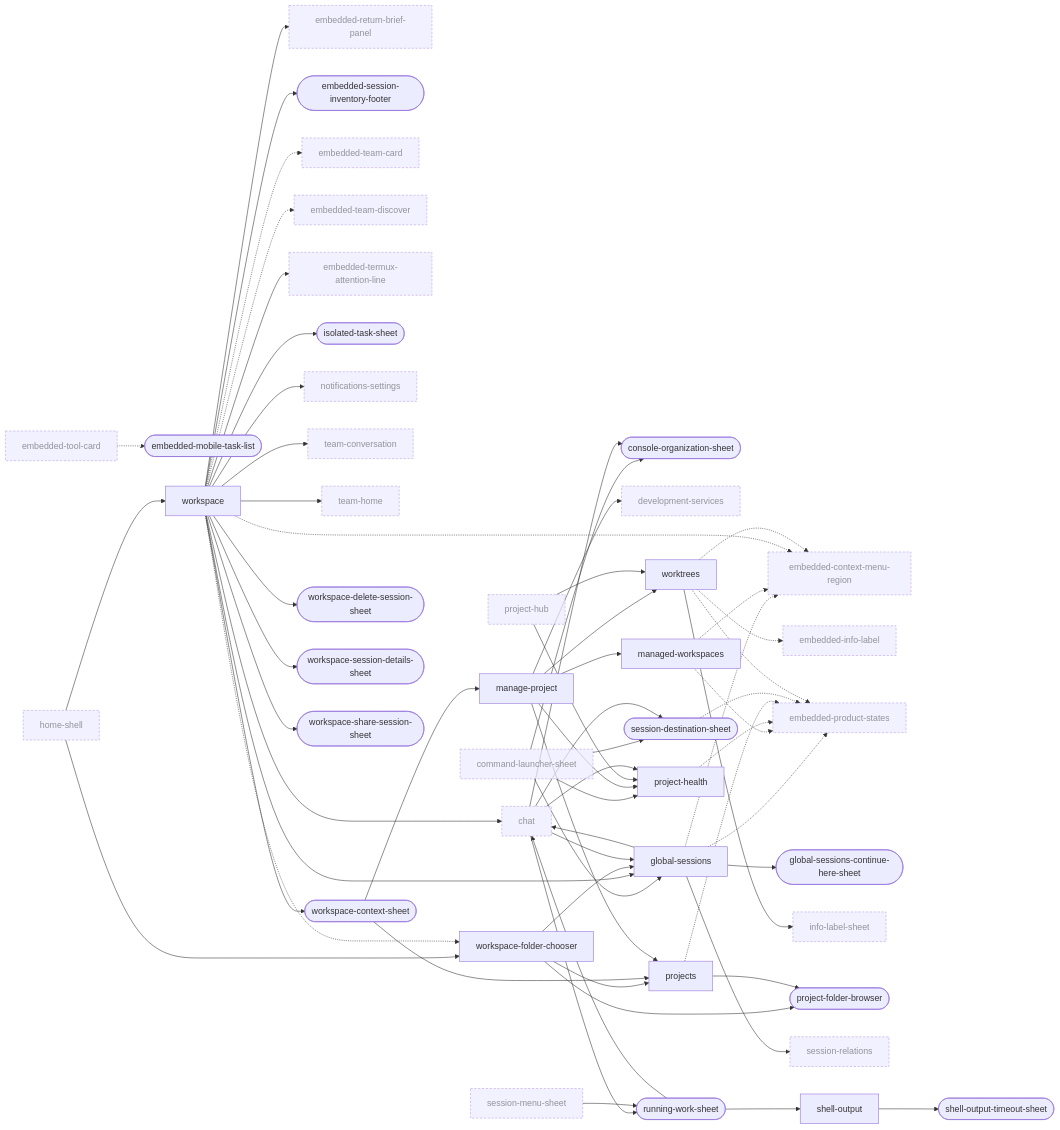
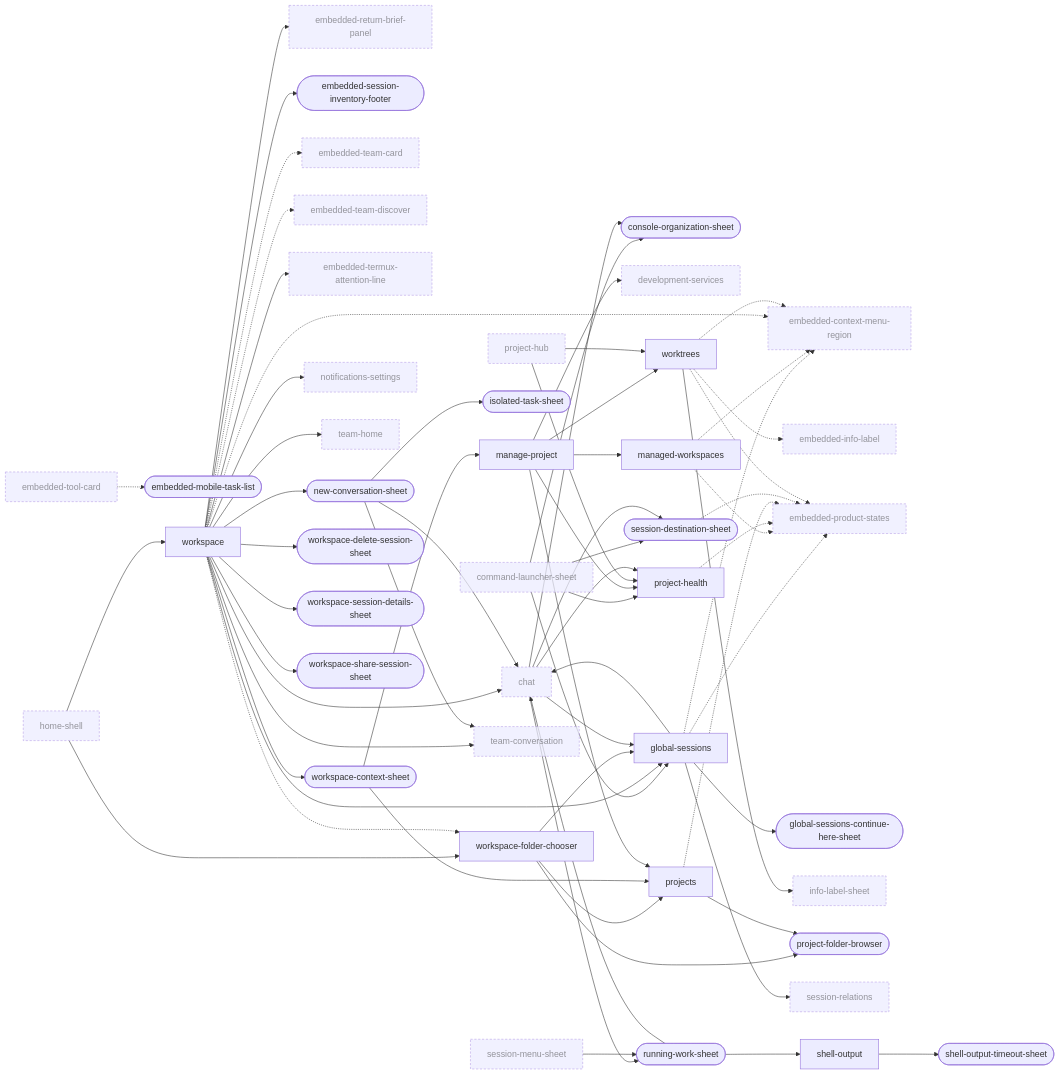
The third of 10 diagrams in docs/design/ui-ledger/navigation.md (Breskott/opencode-mobile-next), drawn with Mermaid before and after one commit. The commit also changed other lines of this file and 39 other files, not shown here.

First line of the commit message:
feat(settings): P6.1 What runs by itself — per-server automation page, team level wired to the start sheet [skip ci]

```diff
--- a/docs/design/ui-ledger/navigation.md
+++ b/docs/design/ui-ledger/navigation.md
@@ -494,6 +496,7 @@
   isolated_task_sheet(["isolated-task-sheet"])
   manage_project["manage-project"]
   managed_workspaces["managed-workspaces"]
+  new_conversation_sheet(["new-conversation-sheet"])
   notifications_settings["notifications-settings"]:::ext
   project_folder_browser(["project-folder-browser"])
   project_health["project-health"]
@@ -531,9 +534,9 @@
   workspace --> workspace_share_session_sheet
   workspace --> workspace_delete_session_sheet
   workspace --> notifications_settings
-  workspace --> isolated_task_sheet
   workspace --> embedded_session_inventory_footer
   workspace --> team_conversation
+  workspace --> new_conversation_sheet
   workspace_folder_chooser --> projects
   workspace_folder_chooser --> global_sessions
   workspace_context_sheet --> projects
@@ -550,6 +553,9 @@
   running_work_sheet --> chat
   running_work_sheet --> shell_output
   shell_output --> shell_output_timeout_sheet
+  new_conversation_sheet --> chat
+  new_conversation_sheet --> team_conversation
+  new_conversation_sheet --> isolated_task_sheet
   project_hub --> project_health
   project_hub --> worktrees
   home_shell --> workspace_folder_chooser
```
